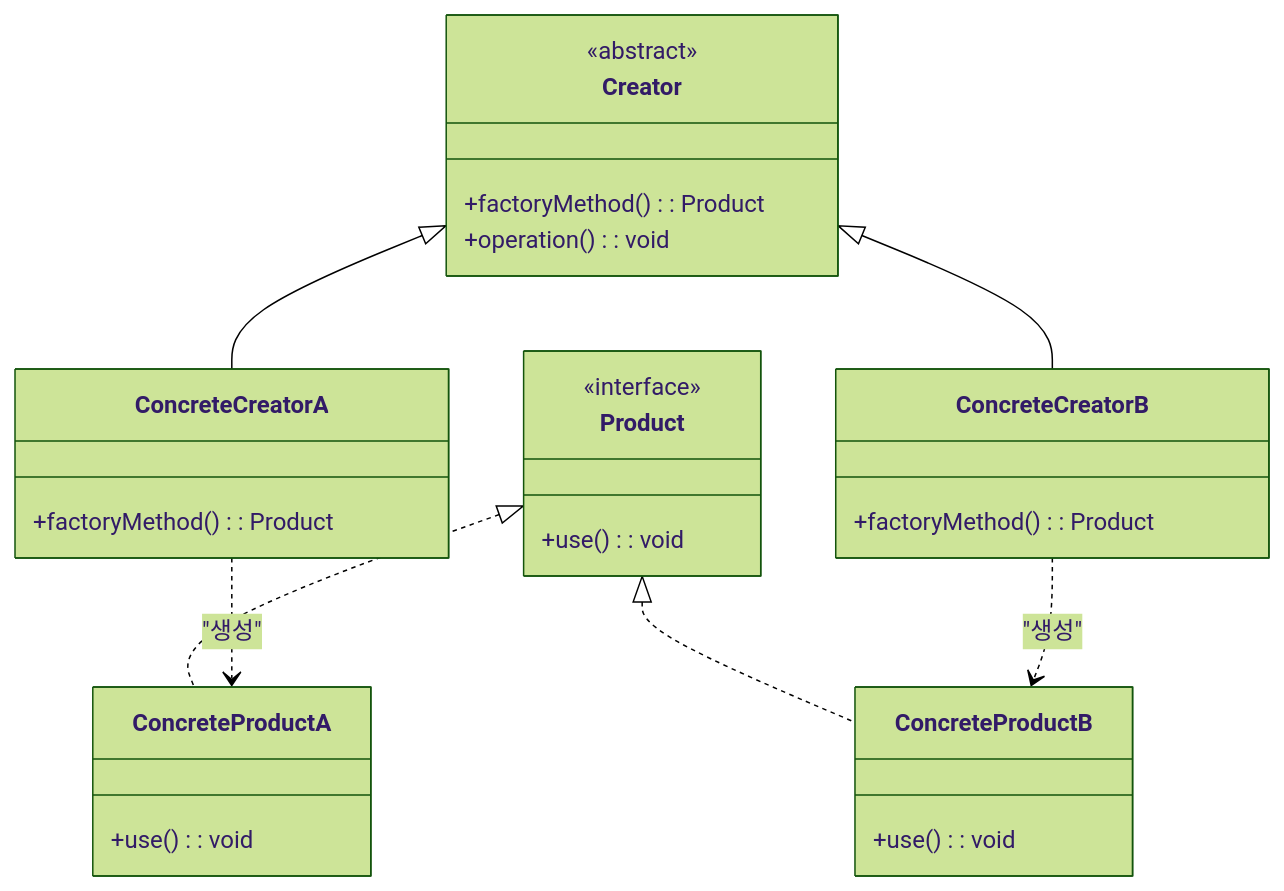
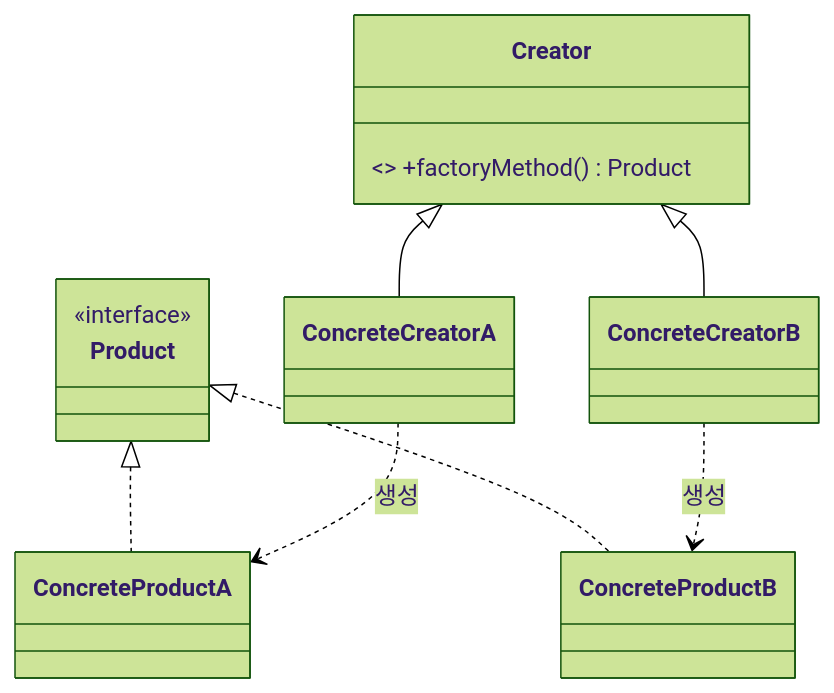
Before and after one commit to yjkim2015/yjkim2015.github.io: the first of 2 diagrams in _posts/designPattern/2021-11-26-FactoryPattern.md, drawn with Mermaid (forest theme). The commit also changed other lines of this file and 215 other files, not shown here.

First line of the commit message:
신규 포스트 10개 추가 + Mermaid 전면 축소 + SystemDesign 시리즈 보강

````diff
--- a/_posts/designPattern/2021-11-26-FactoryPattern.md
+++ b/_posts/designPattern/2021-11-26-FactoryPattern.md
@@ -42,31 +42,11 @@
 ```mermaid
 classDiagram
-    class Creator {
-        <<abstract>>
-        +factoryMethod(): Product
-        +operation(): void
-    }
-    class ConcreteCreatorA {
-        +factoryMethod(): Product
-    }
-    class ConcreteCreatorB {
-        +factoryMethod(): Product
-    }
-    class Product {
-        <<interface>>
-        +use(): void
-    }
-    class ConcreteProductA {
-        +use(): void
-    }
-    class ConcreteProductB {
-        +use(): void
-    }
-
+    class Creator { <<abstract>> +factoryMethod() Product }
+    class Product { <<interface>> }
     Creator <|-- ConcreteCreatorA
     Creator <|-- ConcreteCreatorB
     Product <|.. ConcreteProductA
     Product <|.. ConcreteProductB
-    ConcreteCreatorA ..> ConcreteProductA : "생성"
-    ConcreteCreatorB ..> ConcreteProductB : "생성"
+    ConcreteCreatorA ..> ConcreteProductA : 생성
+    ConcreteCreatorB ..> ConcreteProductB : 생성
 ```
````
